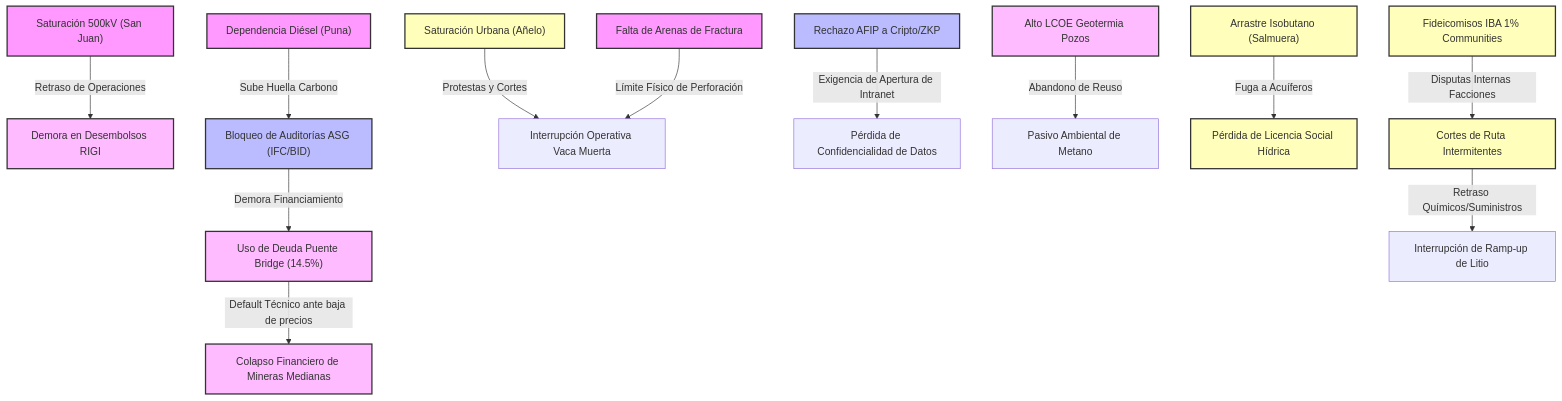
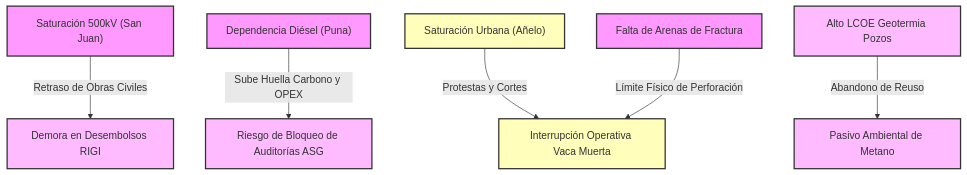
The diagram in wiki/03 Analysis/Mapa_de_Puntos_de_Dolor_2026.md (GustavoDago/argentina-mining-vault), drawn with Mermaid before and after one commit. The commit also changed other lines of this file and 1 other file, not shown here.

````diff
--- a/wiki/03 Analysis/Mapa_de_Puntos_de_Dolor_2026.md
+++ b/wiki/03 Analysis/Mapa_de_Puntos_de_Dolor_2026.md
@@ -154,30 +105,21 @@
 ```mermaid
 graph TD
     %% Nodos de dolores
-    ENRGE_Sat["Saturación 500kV (San Juan)"] --> |Retraso de Operaciones| RIGI_Fin["Demora en Desembolsos RIGI"]
-    Puna_Dies["Dependencia Diésel (Puna)"] --> |Sube Huella Carbono| ASG_Block["Bloqueo de Auditorías ASG (IFC/BID)"]
-    ASG_Block --> |Demora Financiamiento| Bridge_Debt["Uso de Deuda Puente Bridge (14.5%)"]
-    Bridge_Debt --> |Default Técnico ante baja de precios| Fin_Col["Colapso Financiero de Mineras Medianas"]
+    ENRGE_Sat["Saturación 500kV (San Juan)"] --> |Retraso de Obras Civiles| RIGI_Fin["Demora en Desembolsos RIGI"]
+    Puna_Dies["Dependencia Diésel (Puna)"] --> |Sube Huella Carbono y OPEX| ASG_Block["Riesgo de Bloqueo de Auditorías ASG"]
     
     Añelo_Sat["Saturación Urbana (Añelo)"] --> |Protestas y Cortes| VM_Ops["Interrupción Operativa Vaca Muerta"]
     Arena_Falta["Falta de Arenas de Fractura"] --> |Límite Físico de Perforación| VM_Ops
     
-    AFIP_ZKP["Rechazo AFIP a Cripto/ZKP"] --> |Exigencia de Apertura de Intranet| Corp_Sec["Pérdida de Confidencialidad de Datos"]
-    
     Geot_LCOE["Alto LCOE Geotermia Pozos"] --> |Abandono de Reuso| Pasivo_Met["Pasivo Ambiental de Metano"]
-    Geot_DCHX["Arrastre Isobutano (Salmuera)"] --> |Fuga a Acuíferos| H2O_Cont["Pérdida de Licencia Social Hídrica"]
-    
-    IBA_Fid["Fideicomisos IBA 1% Communities"] --> |Disputas Internas Facciones| Puna_Cortes["Cortes de Ruta Intermitentes"]
-    Puna_Cortes --> |Retraso Químicos/Suministros| Litio_Ops["Interrupción de Ramp-up de Litio"]
 
     %% Clases
     classDef infra fill:#f9f,stroke:#333,stroke-width:2px;
     classDef reg fill:#bbf,stroke:#333,stroke-width:2px;
     classDef fin fill:#fbf,stroke:#333,stroke-width:2px;
     classDef social fill:#ffb,stroke:#333,stroke-width:2px;
     
     class ENRGE_Sat,Puna_Dies,Arena_Falta infra;
-    class AFIP_ZKP,ASG_Block reg;
-    class RIGI_Fin,Bridge_Debt,Fin_Col,Geot_LCOE fin;
-    class Añelo_Sat,Geot_DCHX,H2O_Cont,IBA_Fid,Puna_Cortes social;
+    class ASG_Block,Pasivo_Met,RIGI_Fin,Geot_LCOE fin;
+    class Añelo_Sat,VM_Ops social;
 ```
````
